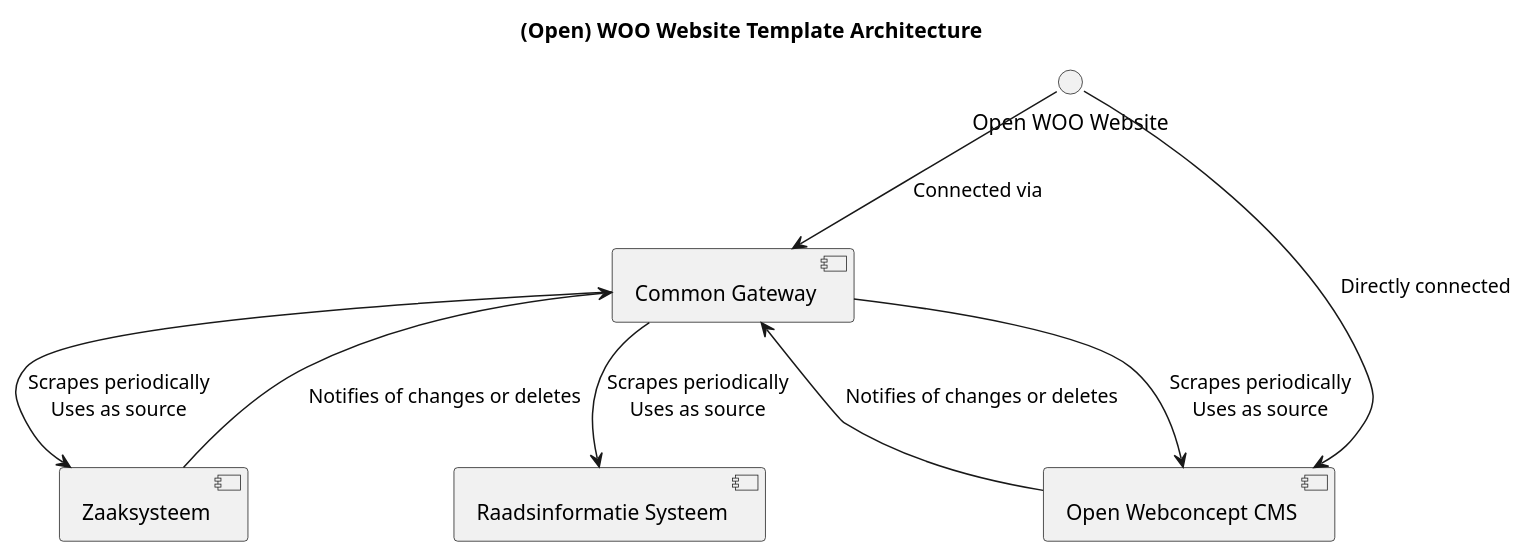
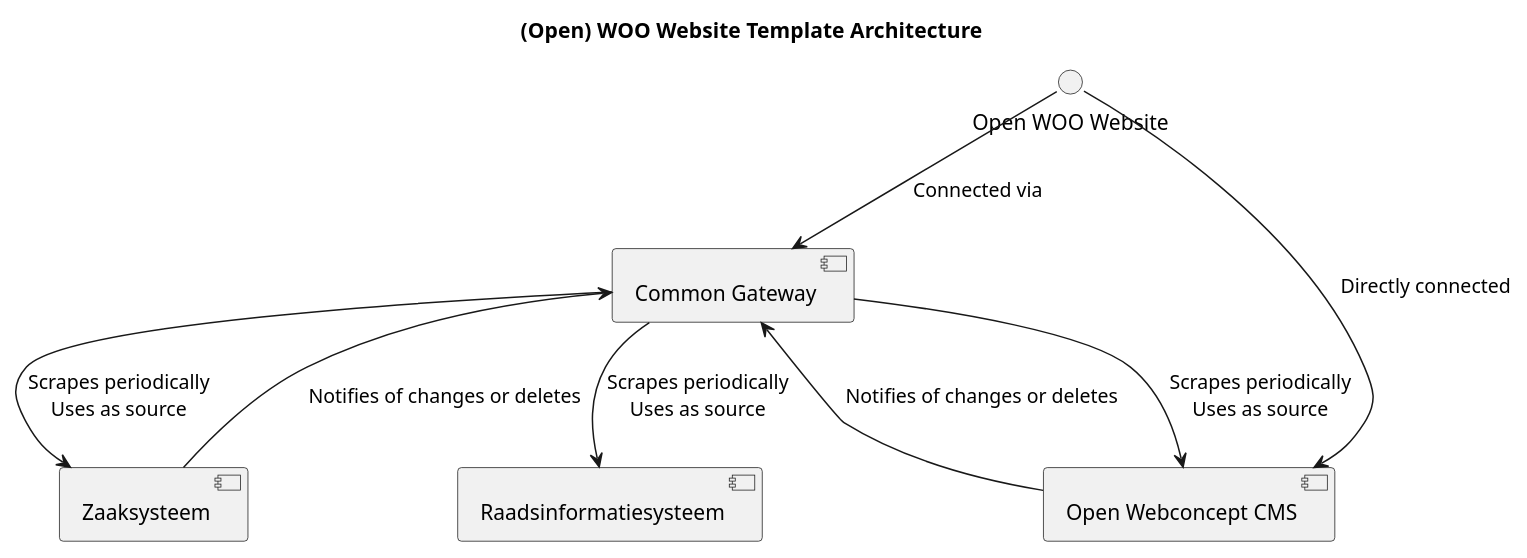
The diagram in docs/components.puml (ConductionNL/woo-website-template), drawn with PlantUML before and after one commit. The commit also changed 4 other files, not shown here.

```diff
--- a/docs/components.puml
+++ b/docs/components.puml
@@ -1,24 +1,24 @@
 @startuml
 title (Open) WOO Website Template Architecture
 
 ' User Interface Component
 interface "Open WOO Website" as Website
 
 ' Backend Components
 component "Open Webconcept CMS" as CMS
 component "Common Gateway" as Gateway
 component "Zaaksysteem" as Zaaksysteem
-component "Raadsinformatie Systeem" as Raadsinfo
+component "Raadsinformatiesysteem" as Raadsinfo
 
 ' Relationships
 Website -down-> CMS : Directly connected
 Website -down-> Gateway : Connected via
 Gateway -down-> CMS : Scrapes periodically\nUses as source
 Gateway -down-> Zaaksysteem : Scrapes periodically\nUses as source
 Gateway -down-> Raadsinfo : Scrapes periodically\nUses as source
 
 ' Notifications
 CMS -up-> Gateway : Notifies of changes or deletes
 Zaaksysteem -up-> Gateway : Notifies of changes or deletes
 
 @enduml
```
